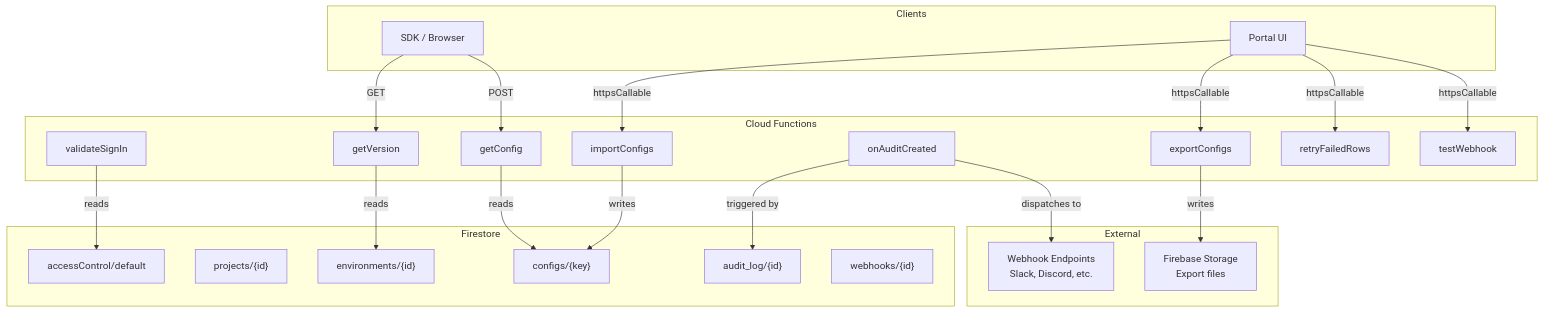
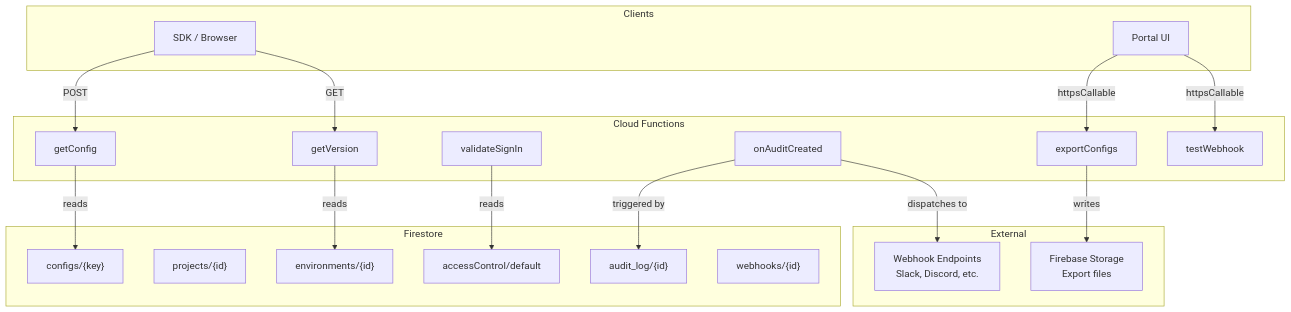
The first of 6 diagrams in apps/docs/api/cloud-functions.md (jewel998/config), drawn with Mermaid before and after one commit. The commit also changed other lines of this file and 17 other files, not shown here.

````diff
--- a/apps/docs/api/cloud-functions.md
+++ b/apps/docs/api/cloud-functions.md
@@ -22,47 +20,42 @@
 ```mermaid
 flowchart TB
     subgraph Clients
         SDK["SDK / Browser"]
         Portal["Portal UI"]
     end
 
     subgraph CloudFunctions["Cloud Functions"]
         GC["getConfig"]
         GV["getVersion"]
         VS["validateSignIn"]
         OAC["onAuditCreated"]
-        IC["importConfigs"]
         EC["exportConfigs"]
-        RFR["retryFailedRows"]
         TW["testWebhook"]
     end
 
     subgraph FirestoreDB["Firestore"]
         AC["accessControl/default"]
         PR["projects/{id}"]
         ENV["environments/{id}"]
         CFG["configs/{key}"]
         AL["audit_log/{id}"]
         WH["webhooks/{id}"]
     end
 
     subgraph External
         WE["Webhook Endpoints\nSlack, Discord, etc."]
         ST["Firebase Storage\nExport files"]
     end
 
     SDK -->|POST| GC
     SDK -->|GET| GV
-    Portal -->|httpsCallable| IC
     Portal -->|httpsCallable| EC
-    Portal -->|httpsCallable| RFR
     Portal -->|httpsCallable| TW
 
     VS -->|reads| AC
     GC -->|reads| CFG
     GV -->|reads| ENV
     OAC -->|triggered by| AL
     OAC -->|dispatches to| WE
     EC -->|writes| ST
-    IC -->|writes| CFG
 ```
````
